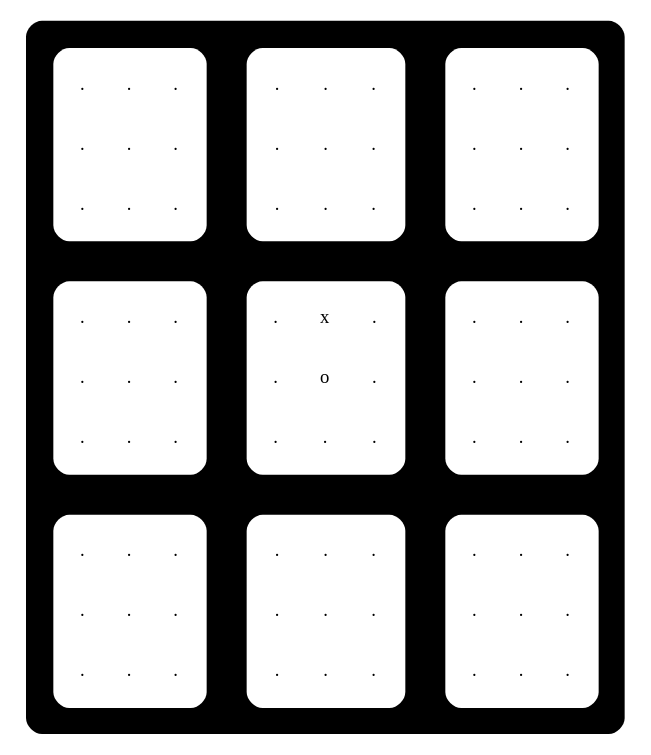
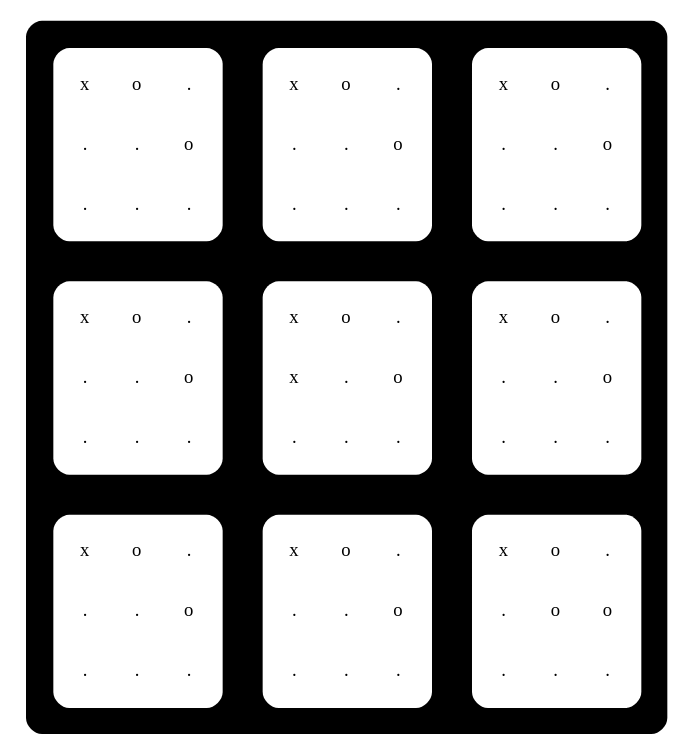
Before and after one commit to NicolasCestMoi/filrougeVRAI: the diagram in filrougesuite-codespace-stunning-space-trout-pvwr4pq6qpqf64rv/filrougeAAP-main/super_morpion/morpionUlt.dot, drawn with Graphviz. The commit also changed 3 other files, not shown here.

```diff
--- a/filrougesuite-codespace-stunning-space-trout-pvwr4pq6qpqf64rv/filrougeAAP-main/super_morpion/morpionUlt.dot
+++ b/filrougesuite-codespace-stunning-space-trout-pvwr4pq6qpqf64rv/filrougeAAP-main/super_morpion/morpionUlt.dot
@@ -1,182 +1,182 @@
 digraph {
   a0 [shape=none label=<<TABLE border="0" cellspacing="10" cellpadding="10" style="rounded" bgcolor="black">
     <TR>
 <TD bgcolor="black">
 <TABLE border="0" cellspacing="10" cellpadding="10" style="rounded" bgcolor="white">
   <TR>
-    <TD bgcolor="white">.</TD>
-    <TD bgcolor="white">.</TD>
+    <TD bgcolor="white">x</TD>
+    <TD bgcolor="white">o</TD>
     <TD bgcolor="white">.</TD>
   </TR>
   <TR>
     <TD bgcolor="white">.</TD>
     <TD bgcolor="white">.</TD>
-    <TD bgcolor="white">.</TD>
+    <TD bgcolor="white">o</TD>
   </TR>
   <TR>
     <TD bgcolor="white">.</TD>
     <TD bgcolor="white">.</TD>
     <TD bgcolor="white">.</TD>
   </TR>
 </TABLE>
 </TD>
 <TD bgcolor="black">
 <TABLE border="0" cellspacing="10" cellpadding="10" style="rounded" bgcolor="white">
   <TR>
-    <TD bgcolor="white">.</TD>
-    <TD bgcolor="white">.</TD>
+    <TD bgcolor="white">x</TD>
+    <TD bgcolor="white">o</TD>
     <TD bgcolor="white">.</TD>
   </TR>
   <TR>
     <TD bgcolor="white">.</TD>
     <TD bgcolor="white">.</TD>
-    <TD bgcolor="white">.</TD>
+    <TD bgcolor="white">o</TD>
   </TR>
   <TR>
     <TD bgcolor="white">.</TD>
     <TD bgcolor="white">.</TD>
     <TD bgcolor="white">.</TD>
   </TR>
 </TABLE>
 </TD>
 <TD bgcolor="black">
 <TABLE border="0" cellspacing="10" cellpadding="10" style="rounded" bgcolor="white">
   <TR>
-    <TD bgcolor="white">.</TD>
-    <TD bgcolor="white">.</TD>
+    <TD bgcolor="white">x</TD>
+    <TD bgcolor="white">o</TD>
     <TD bgcolor="white">.</TD>
   </TR>
   <TR>
     <TD bgcolor="white">.</TD>
     <TD bgcolor="white">.</TD>
-    <TD bgcolor="white">.</TD>
+    <TD bgcolor="white">o</TD>
   </TR>
   <TR>
     <TD bgcolor="white">.</TD>
     <TD bgcolor="white">.</TD>
     <TD bgcolor="white">.</TD>
   </TR>
 </TABLE>
 </TD>
  </TR>
  <TR>
 <TD bgcolor="black">
 <TABLE border="0" cellspacing="10" cellpadding="10" style="rounded" bgcolor="white">
   <TR>
-    <TD bgcolor="white">.</TD>
-    <TD bgcolor="white">.</TD>
+    <TD bgcolor="white">x</TD>
+    <TD bgcolor="white">o</TD>
     <TD bgcolor="white">.</TD>
   </TR>
   <TR>
     <TD bgcolor="white">.</TD>
     <TD bgcolor="white">.</TD>
-    <TD bgcolor="white">.</TD>
+    <TD bgcolor="white">o</TD>
   </TR>
   <TR>
     <TD bgcolor="white">.</TD>
     <TD bgcolor="white">.</TD>
     <TD bgcolor="white">.</TD>
   </TR>
 </TABLE>
 </TD>
 <TD bgcolor="black">
 <TABLE border="0" cellspacing="10" cellpadding="10" style="rounded" bgcolor="white">
   <TR>
-    <TD bgcolor="white">.</TD>
     <TD bgcolor="white">x</TD>
+    <TD bgcolor="white">o</TD>
     <TD bgcolor="white">.</TD>
   </TR>
   <TR>
+    <TD bgcolor="white">x</TD>
     <TD bgcolor="white">.</TD>
     <TD bgcolor="white">o</TD>
-    <TD bgcolor="white">.</TD>
   </TR>
   <TR>
     <TD bgcolor="white">.</TD>
     <TD bgcolor="white">.</TD>
     <TD bgcolor="white">.</TD>
   </TR>
 </TABLE>
 </TD>
 <TD bgcolor="black">
 <TABLE border="0" cellspacing="10" cellpadding="10" style="rounded" bgcolor="white">
   <TR>
-    <TD bgcolor="white">.</TD>
-    <TD bgcolor="white">.</TD>
+    <TD bgcolor="white">x</TD>
+    <TD bgcolor="white">o</TD>
     <TD bgcolor="white">.</TD>
   </TR>
   <TR>
     <TD bgcolor="white">.</TD>
     <TD bgcolor="white">.</TD>
-    <TD bgcolor="white">.</TD>
+    <TD bgcolor="white">o</TD>
   </TR>
   <TR>
     <TD bgcolor="white">.</TD>
     <TD bgcolor="white">.</TD>
     <TD bgcolor="white">.</TD>
   </TR>
 </TABLE>
 </TD>
  </TR>
  <TR>
 <TD bgcolor="black">
 <TABLE border="0" cellspacing="10" cellpadding="10" style="rounded" bgcolor="white">
   <TR>
-    <TD bgcolor="white">.</TD>
-    <TD bgcolor="white">.</TD>
+    <TD bgcolor="white">x</TD>
+    <TD bgcolor="white">o</TD>
     <TD bgcolor="white">.</TD>
   </TR>
   <TR>
     <TD bgcolor="white">.</TD>
     <TD bgcolor="white">.</TD>
-    <TD bgcolor="white">.</TD>
+    <TD bgcolor="white">o</TD>
   </TR>
   <TR>
     <TD bgcolor="white">.</TD>
     <TD bgcolor="white">.</TD>
     <TD bgcolor="white">.</TD>
   </TR>
 </TABLE>
 </TD>
 <TD bgcolor="black">
 <TABLE border="0" cellspacing="10" cellpadding="10" style="rounded" bgcolor="white">
   <TR>
-    <TD bgcolor="white">.</TD>
-    <TD bgcolor="white">.</TD>
+    <TD bgcolor="white">x</TD>
+    <TD bgcolor="white">o</TD>
     <TD bgcolor="white">.</TD>
   </TR>
   <TR>
     <TD bgcolor="white">.</TD>
     <TD bgcolor="white">.</TD>
-    <TD bgcolor="white">.</TD>
+    <TD bgcolor="white">o</TD>
   </TR>
   <TR>
     <TD bgcolor="white">.</TD>
     <TD bgcolor="white">.</TD>
     <TD bgcolor="white">.</TD>
   </TR>
 </TABLE>
 </TD>
 <TD bgcolor="black">
 <TABLE border="0" cellspacing="10" cellpadding="10" style="rounded" bgcolor="white">
   <TR>
-    <TD bgcolor="white">.</TD>
-    <TD bgcolor="white">.</TD>
+    <TD bgcolor="white">x</TD>
+    <TD bgcolor="white">o</TD>
     <TD bgcolor="white">.</TD>
   </TR>
   <TR>
     <TD bgcolor="white">.</TD>
-    <TD bgcolor="white">.</TD>
-    <TD bgcolor="white">.</TD>
+    <TD bgcolor="white">o</TD>
+    <TD bgcolor="white">o</TD>
   </TR>
   <TR>
     <TD bgcolor="white">.</TD>
     <TD bgcolor="white">.</TD>
     <TD bgcolor="white">.</TD>
   </TR>
 </TABLE>
 </TD>
  </TR>
  </TABLE>
 >];
 }
```
